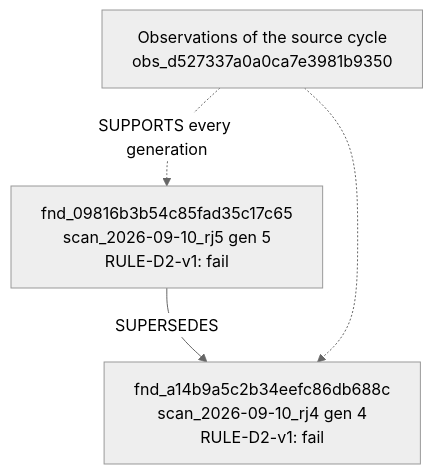
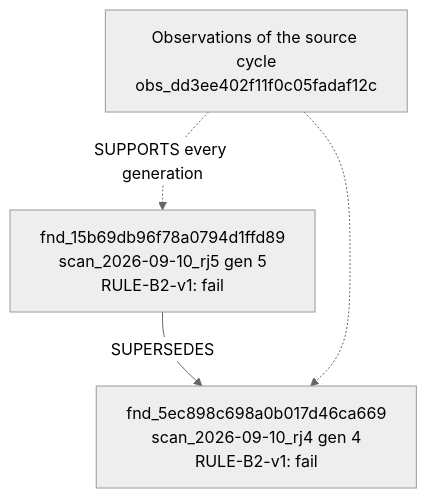
One commit to brockwebb/ai-readiness-kg changed the fourth of 4 diagrams in docs/brief/E_architecture.md. Above: the diagram before and after it, drawn with Mermaid (neutral theme). The commit also changed other lines of this file and 85 other files, not shown here.

````diff
--- a/docs/brief/E_architecture.md
+++ b/docs/brief/E_architecture.md
@@ -117,9 +117,9 @@
 ```mermaid
 flowchart TB
-  g0["fnd_09816b3b54c85fad35c17c65<br/>scan_2026-09-10_rj5 gen 5<br/>RULE-D2-v1: fail"]
-  g1["fnd_a14b9a5c2b34eefc86db688c<br/>scan_2026-09-10_rj4 gen 4<br/>RULE-D2-v1: fail"]
+  g0["fnd_15b69db96f78a0794d1ffd89<br/>scan_2026-09-10_rj5 gen 5<br/>RULE-B2-v1: fail"]
+  g1["fnd_5ec898c698a0b017d46ca669<br/>scan_2026-09-10_rj4 gen 4<br/>RULE-B2-v1: fail"]
   g0 -- SUPERSEDES --> g1
-  obs["Observations of the source cycle<br/>obs_d527337a0a0ca7e3981b9350"]
+  obs["Observations of the source cycle<br/>obs_dd3ee402f11f0c05fadaf12c"]
   obs -. SUPPORTS every generation .-> g0
   obs -.-> g1
 ```
````
